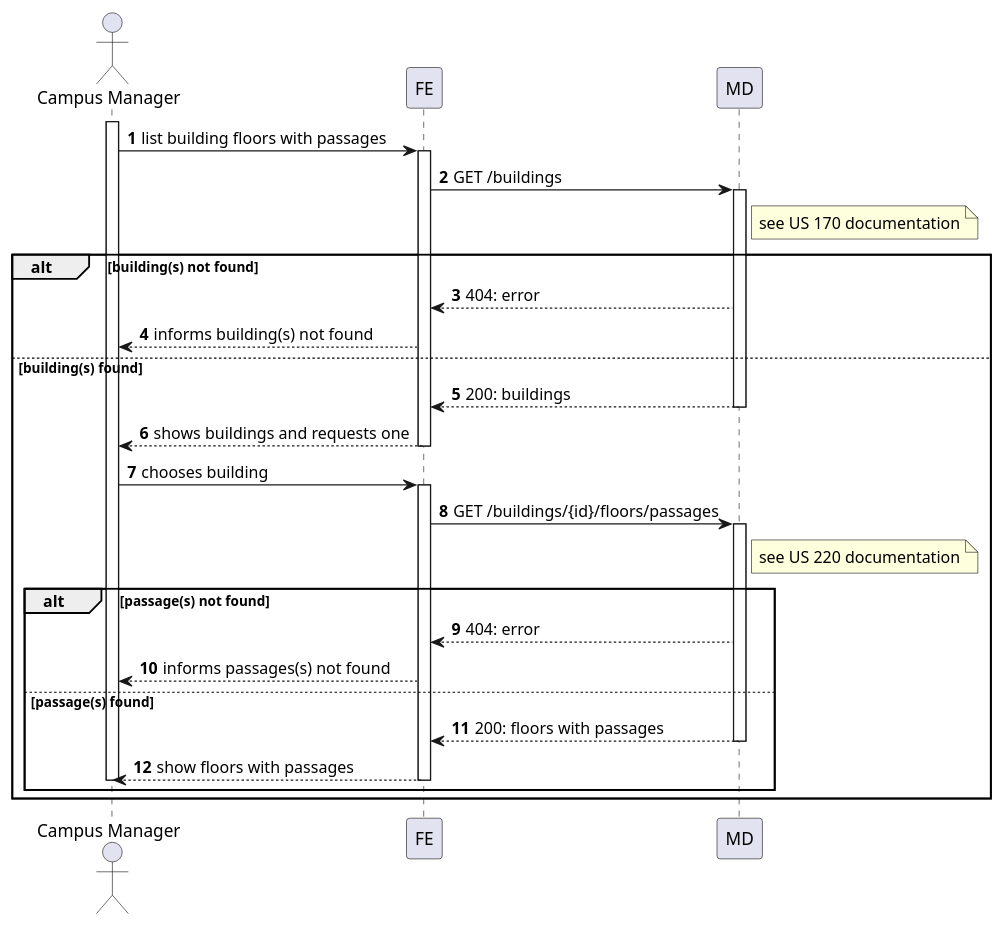
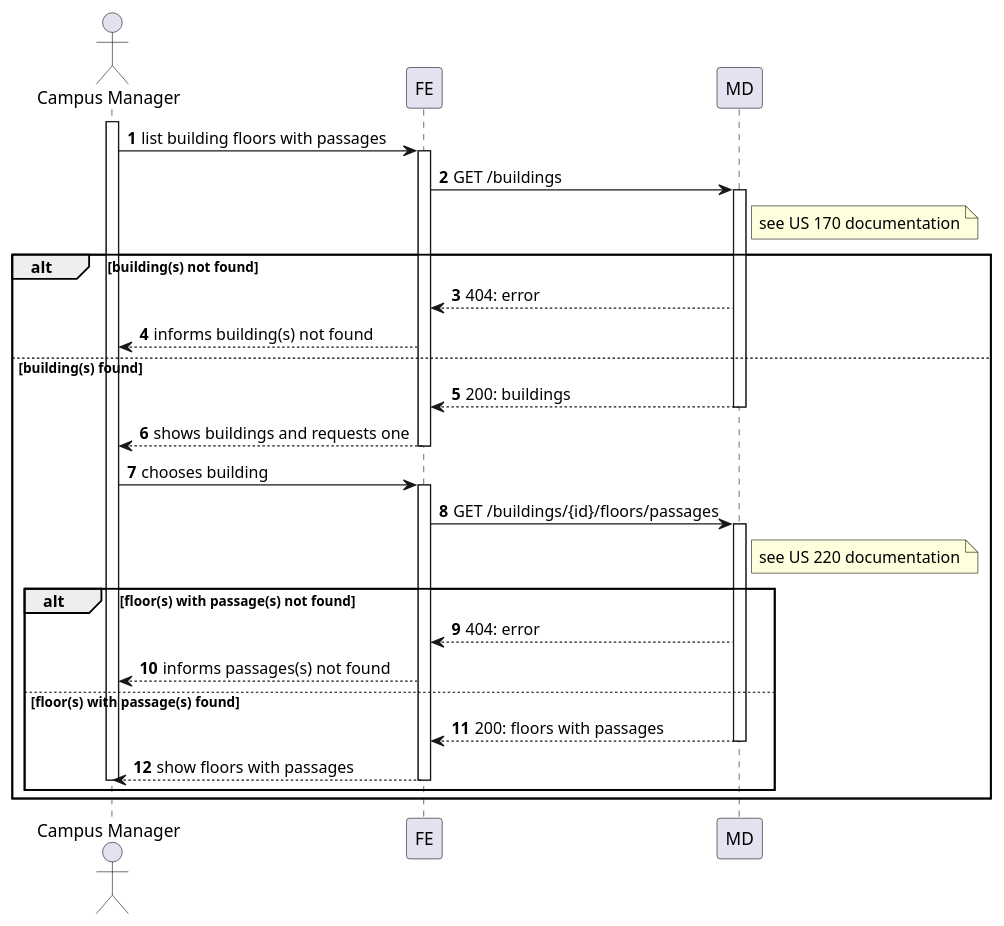
One commit to Departamento-de-Engenharia-Informatica/lapr5-23-24-g19 changed the diagram in docs/us1200/level2/process-view.puml. Above: the diagram before and after it, drawn with PlantUML. The commit also changed 5 other files, not shown here.

```diff
--- a/docs/us1200/level2/process-view.puml
+++ b/docs/us1200/level2/process-view.puml
@@ -1,52 +1,52 @@
 @startuml
 autonumber
 
 actor "Campus Manager" as usr
 
 participant "FE" as ui
 participant "MD" as md
 
 activate usr
     usr -> ui : list building floors with passages
     activate ui
 
             ui -> md : GET /buildings
             note right of md : see US 170 documentation
             alt building(s) not found
                 activate md
 
                     md --> ui : 404: error
 
                 ui --> usr : informs building(s) not found
 
             else building(s) found
                 md --> ui : 200: buildings
 
                 deactivate md
                 ui --> usr : shows buildings and requests one
         deactivate ui
 
 
     usr -> ui : chooses building
     activate ui
         ui -> md : GET /buildings/{id}/floors/passages
         note right of md : see US 220 documentation
-        alt passage(s) not found
+        alt floor(s) with passage(s) not found
 
         activate md
                         md --> ui: 404: error
 
                     ui --> usr : informs passages(s) not found
 
-        else passage(s) found
+        else floor(s) with passage(s) found
 
 
             md --> ui : 200: floors with passages
         deactivate md
 
         ui --> usr : show floors with passages
     deactivate ui
 deactivate usr
 end
 end
 @enduml
```
